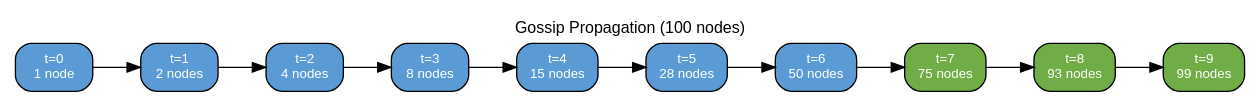
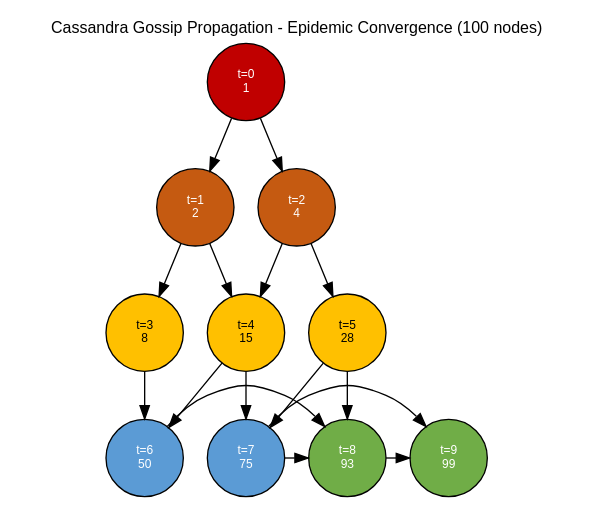
The seventh of 7 diagrams in docs/cassandra/architecture/cluster-management/gossip.md (axonops/documentation), drawn with Graphviz before and after one commit. The commit also changed other lines of this file and 67 other files, not shown here.

````diff
--- a/docs/cassandra/architecture/cluster-management/gossip.md
+++ b/docs/cassandra/architecture/cluster-management/gossip.md
@@ -603,26 +606,62 @@
-```graphviz dot convergence-curve.svg
-digraph ConvergenceCurve {
+```graphviz circo convergence-curve.svg
+digraph GossipConvergence {
     fontname="Helvetica";
-    node [fontname="Helvetica", fontsize=10];
-    rankdir=LR;
+    node [fontname="Helvetica", fontsize=9];
+    edge [fontname="Helvetica", fontsize=8];
 
-    label="Gossip Propagation (100 nodes)";
+    label="Cassandra Gossip Propagation - Epidemic Convergence (100 nodes)";
     labelloc="t";
     fontsize=12;
 
-    node [shape=box, style="rounded,filled", fillcolor="#5B9BD5", fontcolor="white", width=0.8];
+    graph [overlap=false, splines=true];
 
-    r0 [label="t=0\n1 node"];
-    r1 [label="t=1\n2 nodes"];
-    r2 [label="t=2\n4 nodes"];
-    r3 [label="t=3\n8 nodes"];
-    r4 [label="t=4\n15 nodes"];
-    r5 [label="t=5\n28 nodes"];
-    r6 [label="t=6\n50 nodes"];
-    r7 [label="t=7\n75 nodes", fillcolor="#70AD47"];
-    r8 [label="t=8\n93 nodes", fillcolor="#70AD47"];
-    r9 [label="t=9\n99 nodes", fillcolor="#70AD47"];
+    node [shape=circle, style="filled", width=0.8, fixedsize=true];
 
-    r0 -> r1 -> r2 -> r3 -> r4 -> r5 -> r6 -> r7 -> r8 -> r9;
+    // Center - origin (t=0)
+    r0  [label="t=0\n1",  fillcolor="#C00000", fontcolor="white"];
+
+    // Ring 1
+    r1  [label="t=1\n2",  fillcolor="#C55A11", fontcolor="white"];
+    r2  [label="t=2\n4",  fillcolor="#C55A11", fontcolor="white"];
+
+    // Ring 2
+    r3  [label="t=3\n8",   fillcolor="#FFC000", fontcolor="black"];
+    r4  [label="t=4\n15",  fillcolor="#FFC000", fontcolor="black"];
+    r5  [label="t=5\n28",  fillcolor="#FFC000", fontcolor="black"];
+
+    // Ring 3
+    r6  [label="t=6\n50",  fillcolor="#5B9BD5", fontcolor="white"];
+    r7  [label="t=7\n75",  fillcolor="#5B9BD5", fontcolor="white"];
+    r8  [label="t=8\n93",  fillcolor="#70AD47", fontcolor="white"];
+    r9  [label="t=9\n99",  fillcolor="#70AD47", fontcolor="white"];
+
+    // -----------------------------
+    // Layering / ring hints
+    // -----------------------------
+    { rank = same; r0 }
+    { rank = same; r1 r2 }
+    { rank = same; r3 r4 r5 }
+    { rank = same; r6 r7 r8 r9 }
+
+    // -----------------------------
+    // Edges: clean outward gossip
+    // -----------------------------
+
+    // Origin to first ring
+    r0 -> { r1 r2 };
+
+    // First ring to second ring
+    r1 -> { r3 r4 };
+    r2 -> { r4 r5 };
+
+    // Second ring to third ring
+    r3 -> { r6 };
+    r4 -> { r6 r7 };
+    r5 -> { r7 r8 };
+
+    // Third ring towards convergence
+    r6 -> { r8 };
+    r7 -> { r8 r9 };
+    r8 -> { r9 };
 }
 ```
````
